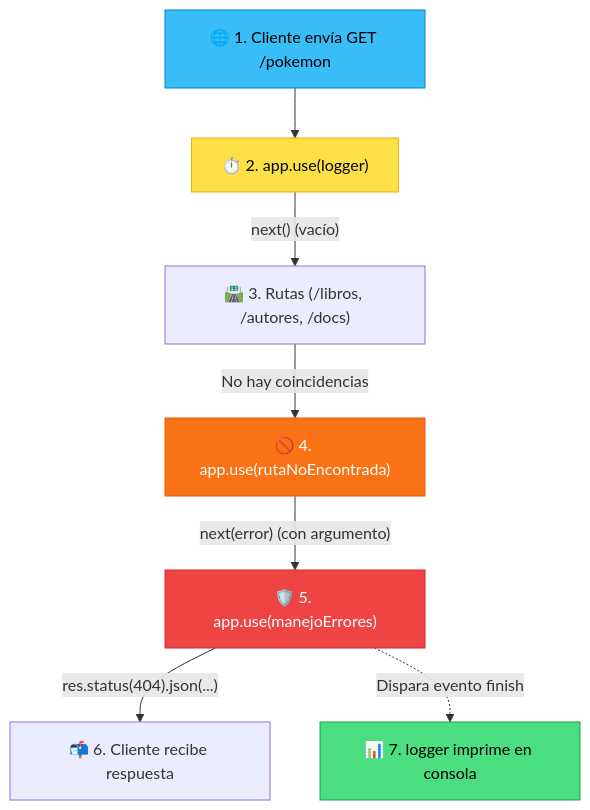
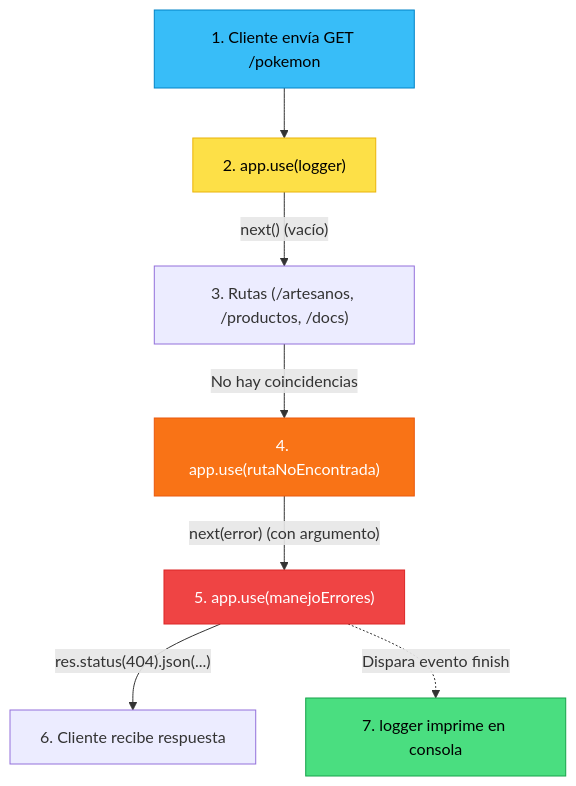
The first of 2 diagrams in documentacionPropia/flujoprograma.md (LeandroSoria24/Trabajo-de-Laboratorio-BACKEND-2026), drawn with Mermaid before and after one commit. The commit also changed other lines of this file and 8 other files, not shown here.

````diff
--- a/documentacionPropia/flujoprograma.md
+++ b/documentacionPropia/flujoprograma.md
@@ -10,15 +10,15 @@
 ```mermaid
 flowchart TD
-    A["🌐 1. Cliente envía GET /pokemon"] --> B["⏱️ 2. app.use(logger)"]
-    B -->|"next() (vacío)"| C["🛣️ 3. Rutas (/libros, /autores, /docs)"]
-    C -->|"No hay coincidencias"| D["🚫 4. app.use(rutaNoEncontrada)"]
-    D -->|"next(error) (con argumento)"| E["🛡️ 5. app.use(manejoErrores)"]
-    E -->|"res.status(404).json(...)"| F["📬 6. Cliente recibe respuesta"]
-    E -.->|"Dispara evento finish"| G["📊 7. logger imprime en consola"]
+    A["1. Cliente envía GET /pokemon"] --> B["2. app.use(logger)"]
+    B -->|"next() (vacío)"| C["3. Rutas (/artesanos, /productos, /docs)"]
+    C -->|"No hay coincidencias"| D["4. app.use(rutaNoEncontrada)"]
+    D -->|"next(error) (con argumento)"| E["5. app.use(manejoErrores)"]
+    E -->|"res.status(404).json(...)"| F["6. Cliente recibe respuesta"]
+    E -.->|"Dispara evento finish"| G["7. logger imprime en consola"]
 
     style A fill:#38bdf8,stroke:#0284c7,color:#000
     style B fill:#fde047,stroke:#eab308,color:#000
     style D fill:#f97316,stroke:#ea580c,color:#fff
     style E fill:#ef4444,stroke:#dc2626,color:#fff
     style G fill:#4ade80,stroke:#16a34a,color:#000
 ```
````
